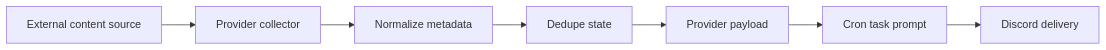
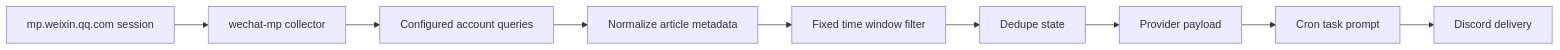
One commit to yuanyunfan/miniclaw changed the diagram in docs/providers/content.md. Above: the diagram before and after it, drawn with Mermaid. The commit also changed other lines of this file and 49 other files, not shown here.

````diff
--- a/docs/providers/content.md
+++ b/docs/providers/content.md
@@ -7,9 +7,11 @@
 ```mermaid
 flowchart LR
-  Source[External content source] --> Collector[Provider collector]
-  Collector --> Normalize[Normalize metadata]
-  Normalize --> Dedupe[Dedupe state]
+  Session[mp.weixin.qq.com session] --> Collector[wechat-mp collector]
+  Collector --> Accounts[Configured account queries]
+  Accounts --> Normalize[Normalize article metadata]
+  Normalize --> Window[Fixed time window filter]
+  Window --> Dedupe[Dedupe state]
   Dedupe --> Payload[Provider payload]
   Payload --> Cron[Cron task prompt]
-  Cron --> Delivery[Discord delivery]
+  Cron --> Discord[Discord delivery]
 ```
````
